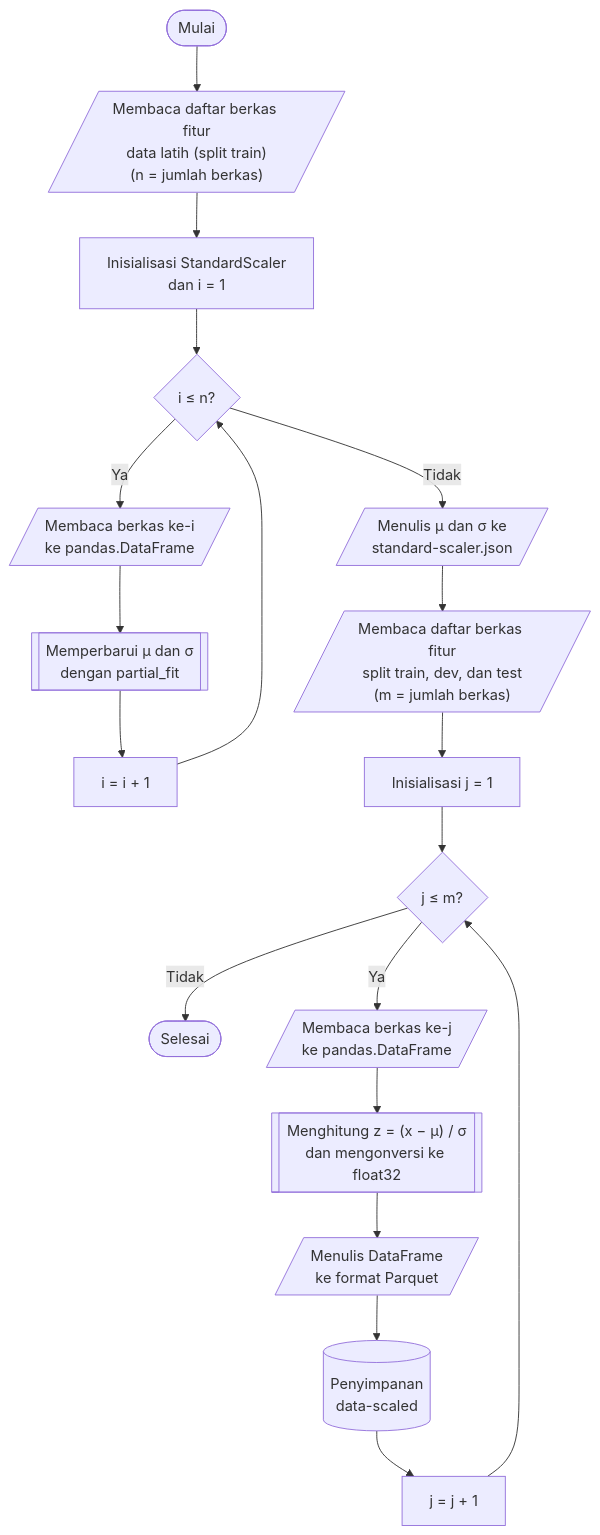
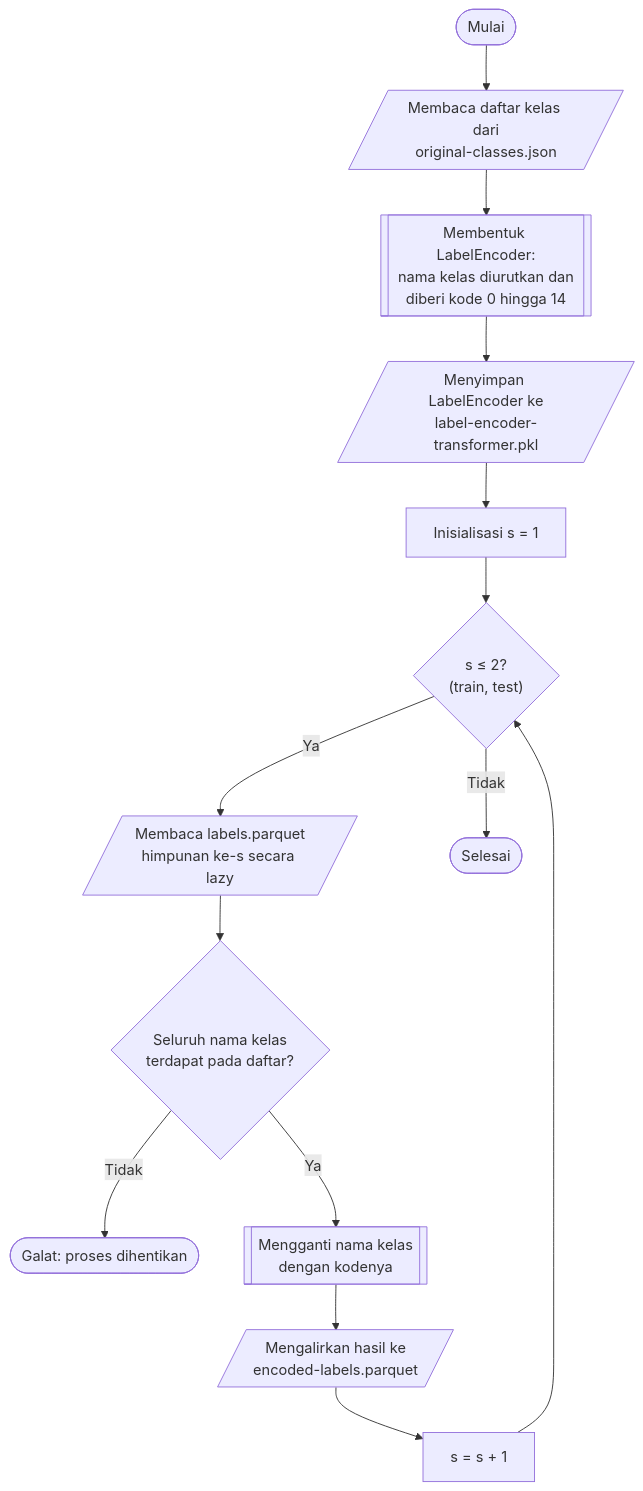
Before and after one commit to JoxNeis/mlids-robustness: the diagram in thesis/diagram/bab_04/diagram_04_06_01.mmd, drawn with Mermaid. The commit also changed 80 other files, not shown here.

```diff
--- a/thesis/diagram/bab_04/diagram_04_06_01.mmd
+++ b/thesis/diagram/bab_04/diagram_04_06_01.mmd
@@ -1,23 +1,17 @@
 flowchart TD
     mulai(["Mulai"])
-    mulai --> input_train[/"Membaca daftar berkas fitur<br>data latih (split train)<br>(n = jumlah berkas)"/]
-    input_train --> init_scaler["Inisialisasi StandardScaler<br>dan i = 1"]
-    init_scaler --> cek_i{"i ≤ n?"}
+    mulai --> kelas[/"Membaca daftar kelas dari<br>original-classes.json"/]
+    kelas --> fit[["Membentuk LabelEncoder:<br>nama kelas diurutkan dan<br>diberi kode 0 hingga 14"]]
+    fit --> simpan_encoder[/"Menyimpan LabelEncoder ke<br>label-encoder-transformer.pkl"/]
+    simpan_encoder --> init_s["Inisialisasi s = 1"]
+    init_s --> cek_s{"s ≤ 2?<br>(train, test)"}
 
-    cek_i -->|"Ya"| baca_latih[/"Membaca berkas ke-i<br>ke pandas.DataFrame"/]
-    baca_latih --> partial[["Memperbarui μ dan σ<br>dengan partial_fit"]]
-    partial --> inc_i["i = i + 1"]
-    inc_i --> cek_i
+    cek_s -->|"Ya"| baca[/"Membaca labels.parquet<br>himpunan ke-s secara lazy"/]
+    baca --> cek_kelas{"Seluruh nama kelas<br>terdapat pada daftar?"}
+    cek_kelas -->|"Tidak"| galat(["Galat: proses dihentikan"])
+    cek_kelas -->|"Ya"| ganti[["Mengganti nama kelas<br>dengan kodenya"]]
+    ganti --> tulis[/"Mengalirkan hasil ke<br>encoded-labels.parquet"/]
+    tulis --> inc_s["s = s + 1"]
+    inc_s --> cek_s
 
-    cek_i -->|"Tidak"| simpan_stat[/"Menulis μ dan σ ke<br>standard-scaler.json"/]
-    simpan_stat --> input_semua[/"Membaca daftar berkas fitur<br>split train, dev, dan test<br>(m = jumlah berkas)"/]
-    input_semua --> init_j["Inisialisasi j = 1"]
-    init_j --> cek_j{"j ≤ m?"}
-
-    cek_j -->|"Tidak"| selesai(["Selesai"])
-    cek_j -->|"Ya"| baca_df[/"Membaca berkas ke-j<br>ke pandas.DataFrame"/]
-    baca_df --> standar[["Menghitung z = (x − μ) / σ<br>dan mengonversi ke float32"]]
-    standar --> tulis[/"Menulis DataFrame<br>ke format Parquet"/]
-    tulis --> simpan[("Penyimpanan<br>data-scaled")]
-    simpan --> inc_j["j = j + 1"]
-    inc_j --> cek_j
+    cek_s -->|"Tidak"| selesai(["Selesai"])
```
